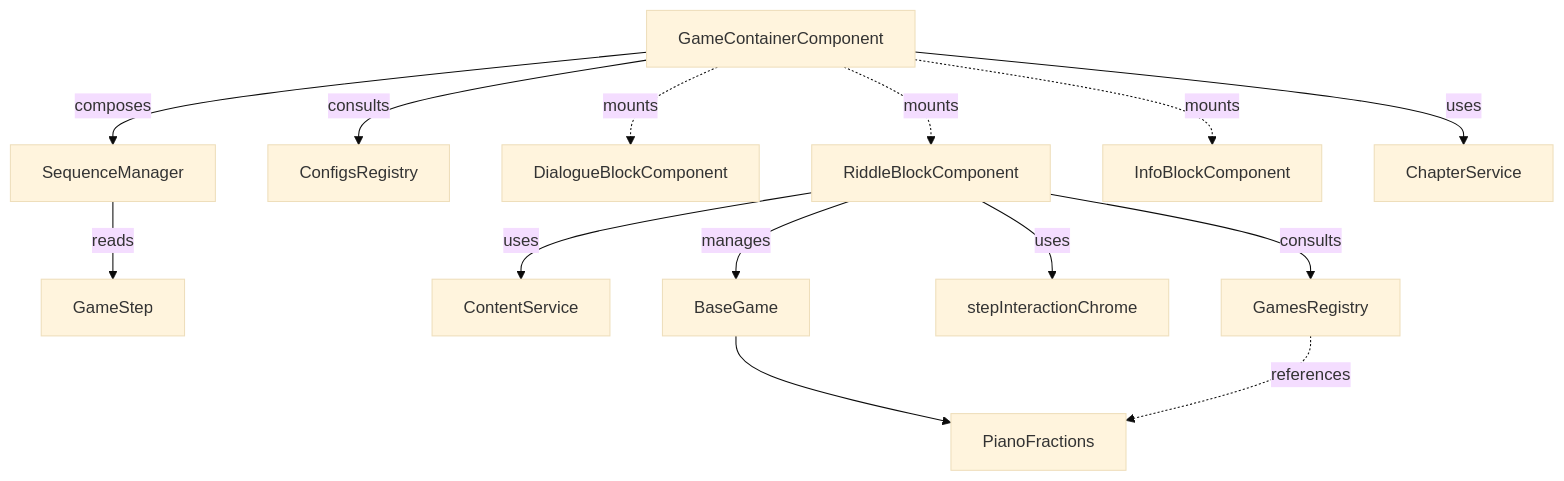
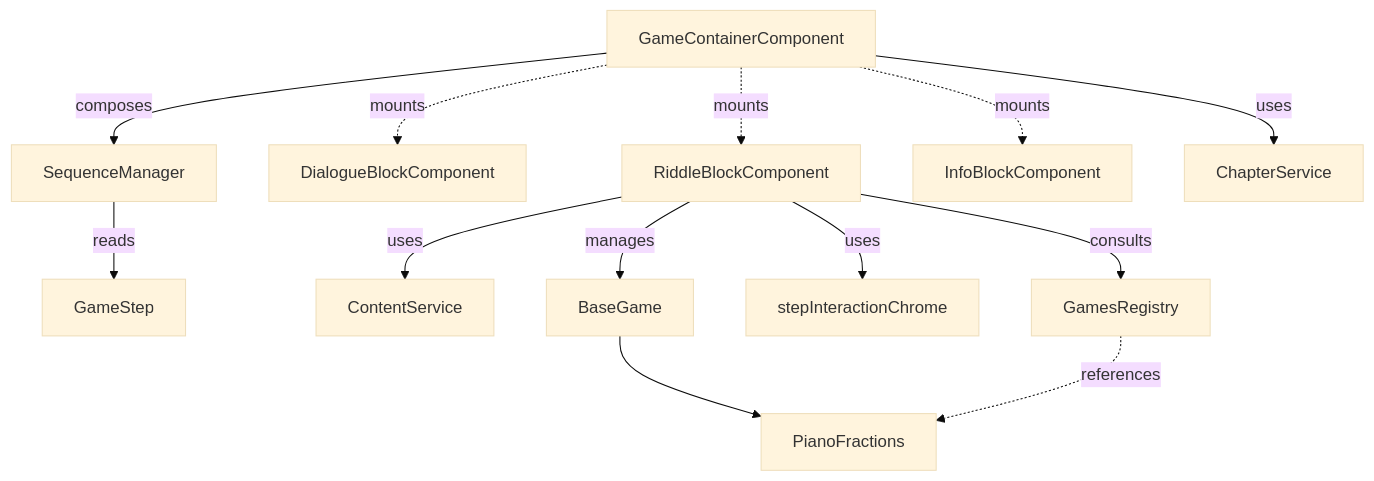
One commit to Vassili-REGNIER/matheopolis changed the diagram in .ai/architecture/frontend/game-engine.md. Above: the diagram before and after it, drawn with Mermaid (base theme). The commit also changed other lines of this file and 21 other files, not shown here.

````diff
--- a/.ai/architecture/frontend/game-engine.md
+++ b/.ai/architecture/frontend/game-engine.md
@@ -135,16 +135,15 @@
 ```mermaid
 flowchart TD
   GameContainerComponent -->|composes| SequenceManager
   SequenceManager -->|reads| GameStep
-  GameContainerComponent -->|consults| ConfigsRegistry
   GameContainerComponent -.->|mounts| DialogueBlockComponent
   GameContainerComponent -.->|mounts| RiddleBlockComponent
   GameContainerComponent -.->|mounts| InfoBlockComponent
   GameContainerComponent -->|uses| ChapterService
   RiddleBlockComponent -->|uses| ContentService
   RiddleBlockComponent -->|manages| BaseGame
   RiddleBlockComponent -->|uses| stepInteractionChrome
   RiddleBlockComponent -->|consults| GamesRegistry
   BaseGame --> PianoFractions
   GamesRegistry -.->|references| PianoFractions
 ```
````
